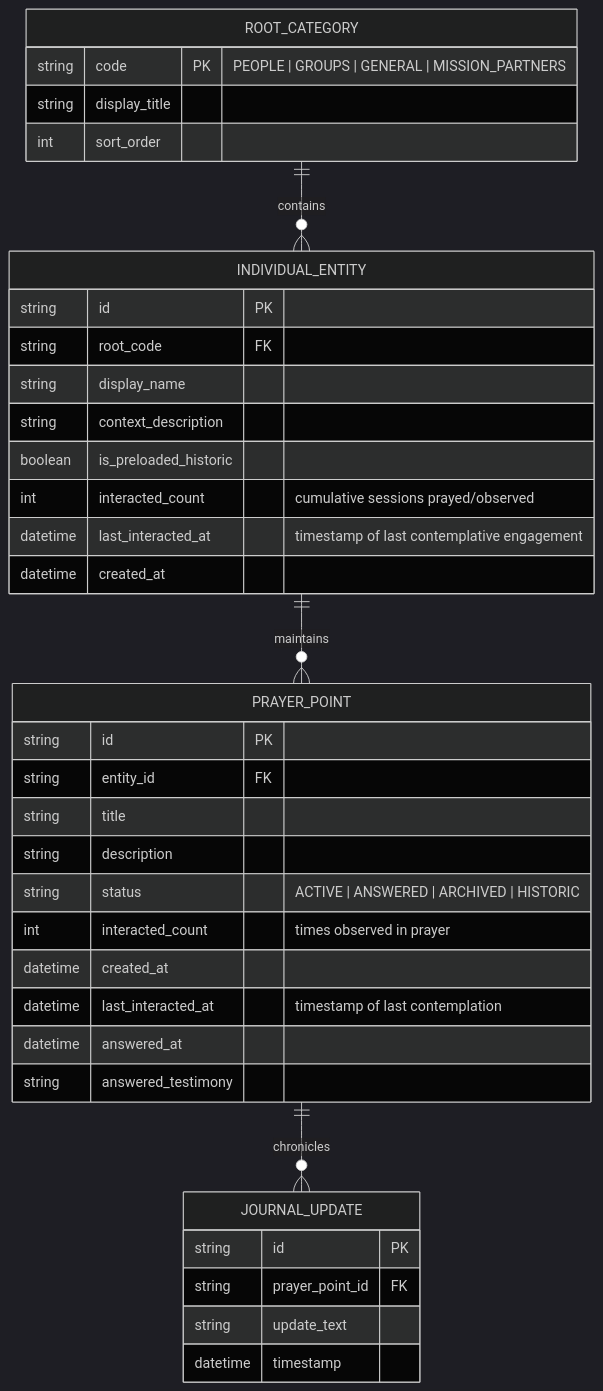
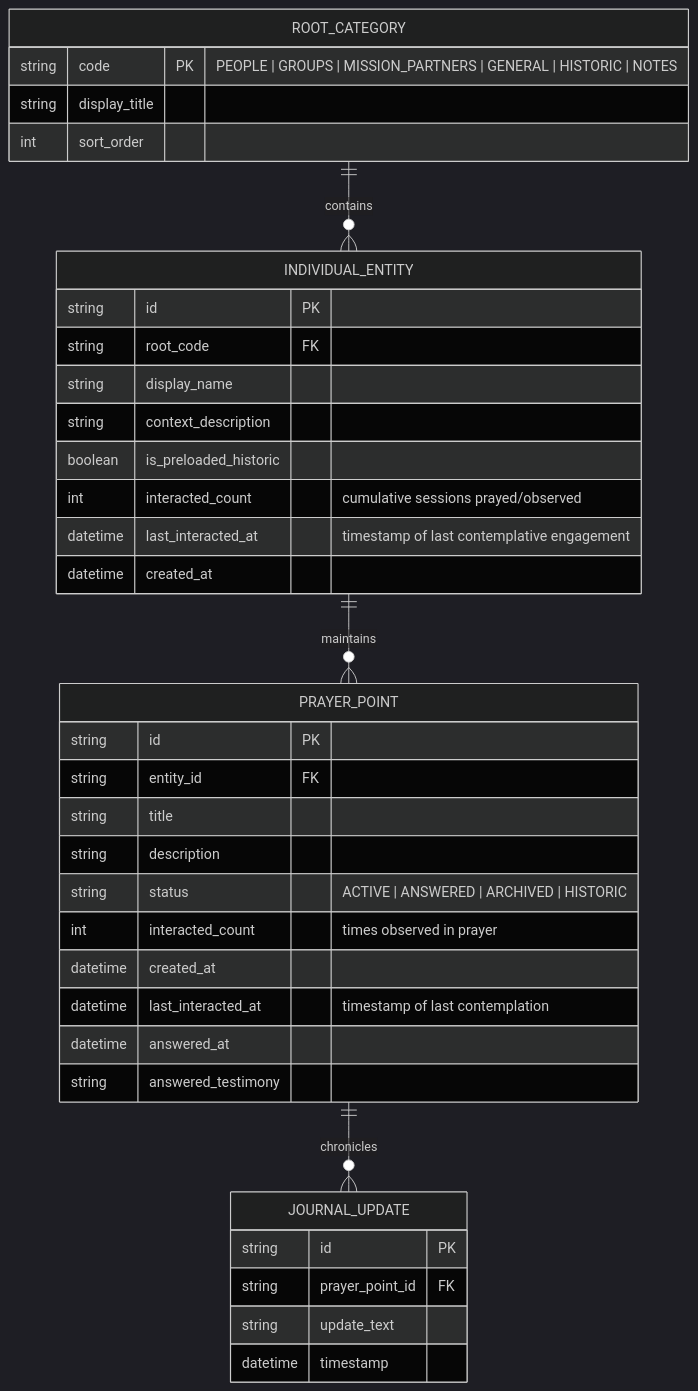
Before and after one commit to iamenianc/Prayer: the first of 2 diagrams in planning/technical.md, drawn with Mermaid (dark theme). The commit also changed other lines of this file and 15 other files, not shown here.

````diff
--- a/planning/technical.md
+++ b/planning/technical.md
@@ -25,40 +25,40 @@
 ```mermaid
 erDiagram
     ROOT_CATEGORY ||--o{ INDIVIDUAL_ENTITY : "contains"
     INDIVIDUAL_ENTITY ||--o{ PRAYER_POINT : "maintains"
     PRAYER_POINT ||--o{ JOURNAL_UPDATE : "chronicles"
 
     ROOT_CATEGORY {
-        string code PK "PEOPLE | GROUPS | GENERAL | MISSION_PARTNERS"
+        string code PK "PEOPLE | GROUPS | MISSION_PARTNERS | GENERAL | HISTORIC | NOTES"
         string display_title
         int sort_order
     }
     INDIVIDUAL_ENTITY {
         string id PK
         string root_code FK
         string display_name
         string context_description
         boolean is_preloaded_historic
         int interacted_count "cumulative sessions prayed/observed"
         datetime last_interacted_at "timestamp of last contemplative engagement"
         datetime created_at
     }
     PRAYER_POINT {
         string id PK
         string entity_id FK
         string title
         string description
         string status "ACTIVE | ANSWERED | ARCHIVED | HISTORIC"
         int interacted_count "times observed in prayer"
         datetime created_at
         datetime last_interacted_at "timestamp of last contemplation"
         datetime answered_at
         string answered_testimony
     }
     JOURNAL_UPDATE {
         string id PK
         string prayer_point_id FK
         string update_text
         datetime timestamp
     }
 ```
````
